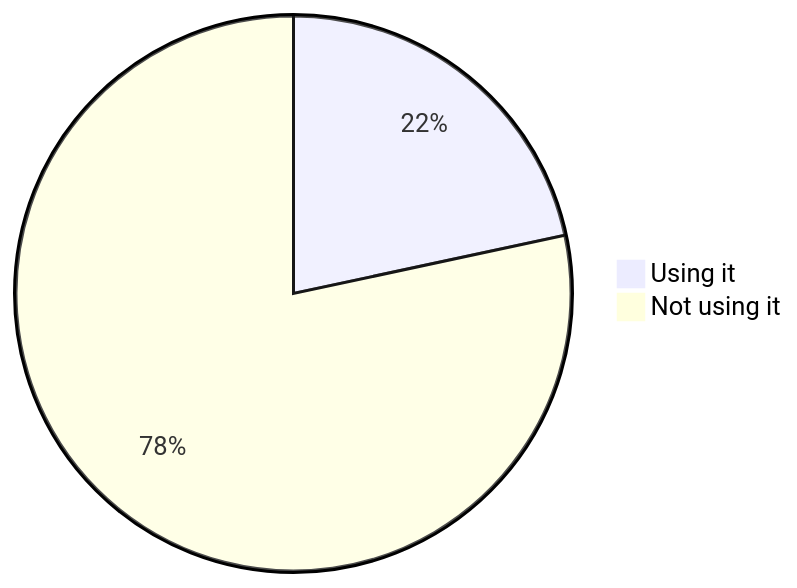
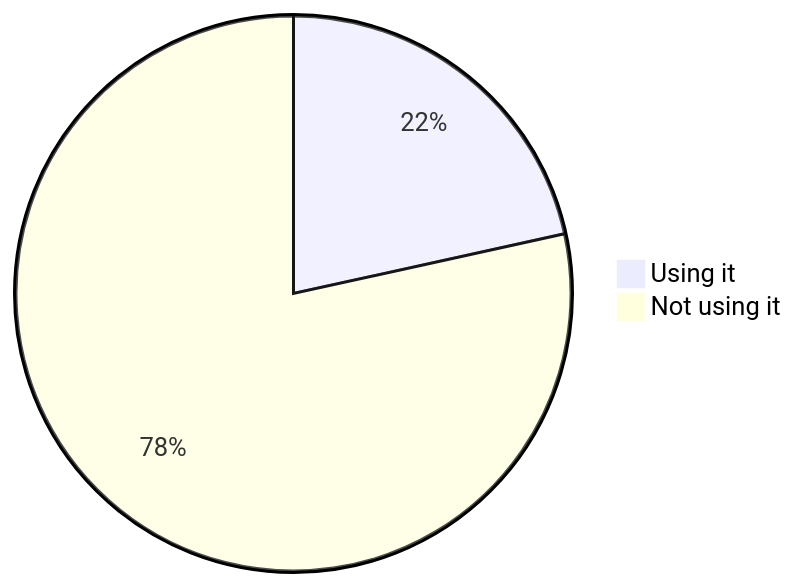
Before and after one commit to oshp/oshp-stats: diagram 21 of 22 in stats.md, drawn with Mermaid. The commit also changed other lines of this file, not shown here.

````diff
--- a/stats.md
+++ b/stats.md
@@ -252,6 +252,6 @@
 ```mermaid
 pie
-	"Using it" : 21.63
-	"Not using it" : 78.37
+	"Using it" : 21.55
+	"Not using it" : 78.45
 
 ```
````
